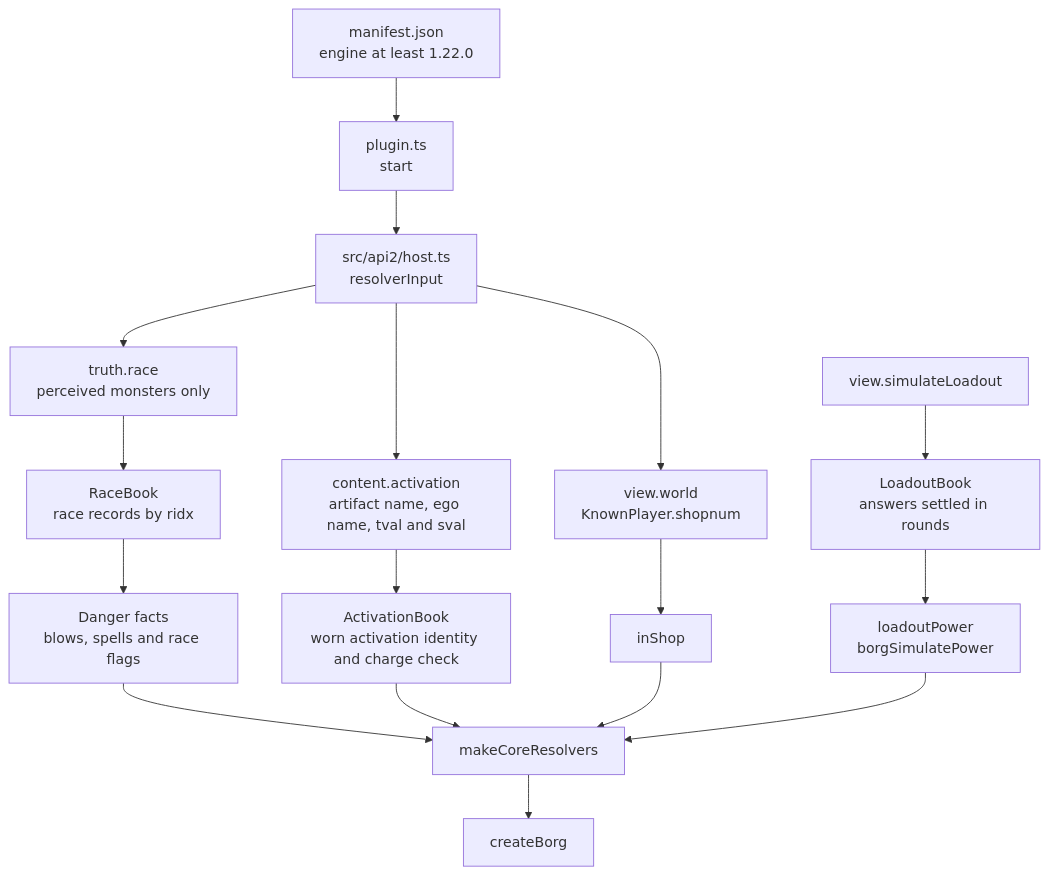
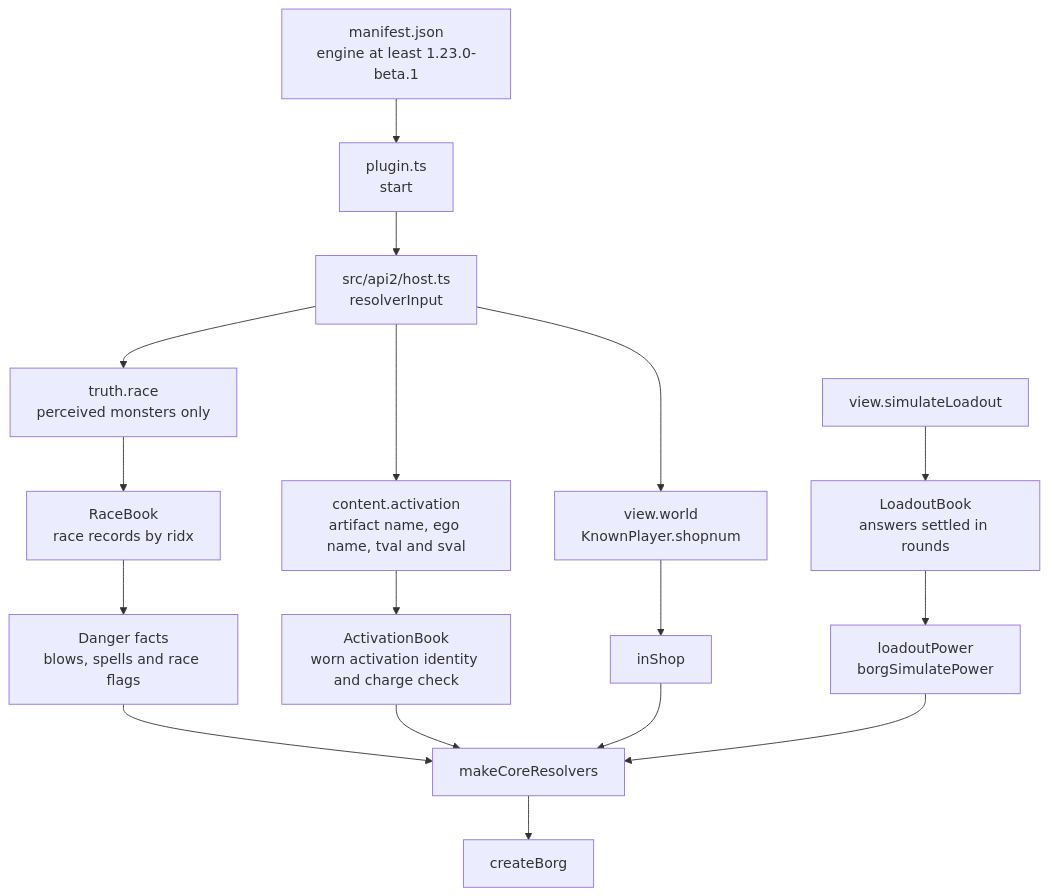
One commit to neostryder/neo-angband-mod-borg changed the second of 4 diagrams in README.md. Above: the diagram before and after it, drawn with Mermaid. The commit also changed other lines of this file and 4 other files, not shown here.

````diff
--- a/README.md
+++ b/README.md
@@ -61,19 +61,19 @@
 ```mermaid
 flowchart TD
   PLUGIN["plugin.ts<br/>start"] --> BRIDGE["src/api2/host.ts<br/>resolverInput"]
   BRIDGE --> TRUTH["truth.race<br/>perceived monsters only"]
   TRUTH --> RACES["RaceBook<br/>race records by ridx"]
   RACES --> DANGER["Danger facts<br/>blows, spells and race flags"]
   BRIDGE --> CONTENT["content.activation<br/>artifact name, ego name, tval and sval"]
   CONTENT --> WORN["ActivationBook<br/>worn activation identity and charge check"]
   BRIDGE --> KNOWN["view.world<br/>KnownPlayer.shopnum"]
   KNOWN --> SHOP["inShop"]
   VIEW["view.simulateLoadout"] --> LOADOUT["LoadoutBook<br/>answers settled in rounds"]
   LOADOUT --> POWER["loadoutPower<br/>borgSimulatePower"]
   DANGER --> RES["makeCoreResolvers"]
   WORN --> RES
   SHOP --> RES
   POWER --> RES
   RES --> BORG["createBorg"]
-  FLOOR["manifest.json<br/>engine at least 1.22.0"] --> PLUGIN
+  FLOOR["manifest.json<br/>engine at least 1.23.0-beta.1"] --> PLUGIN
 ```
````
